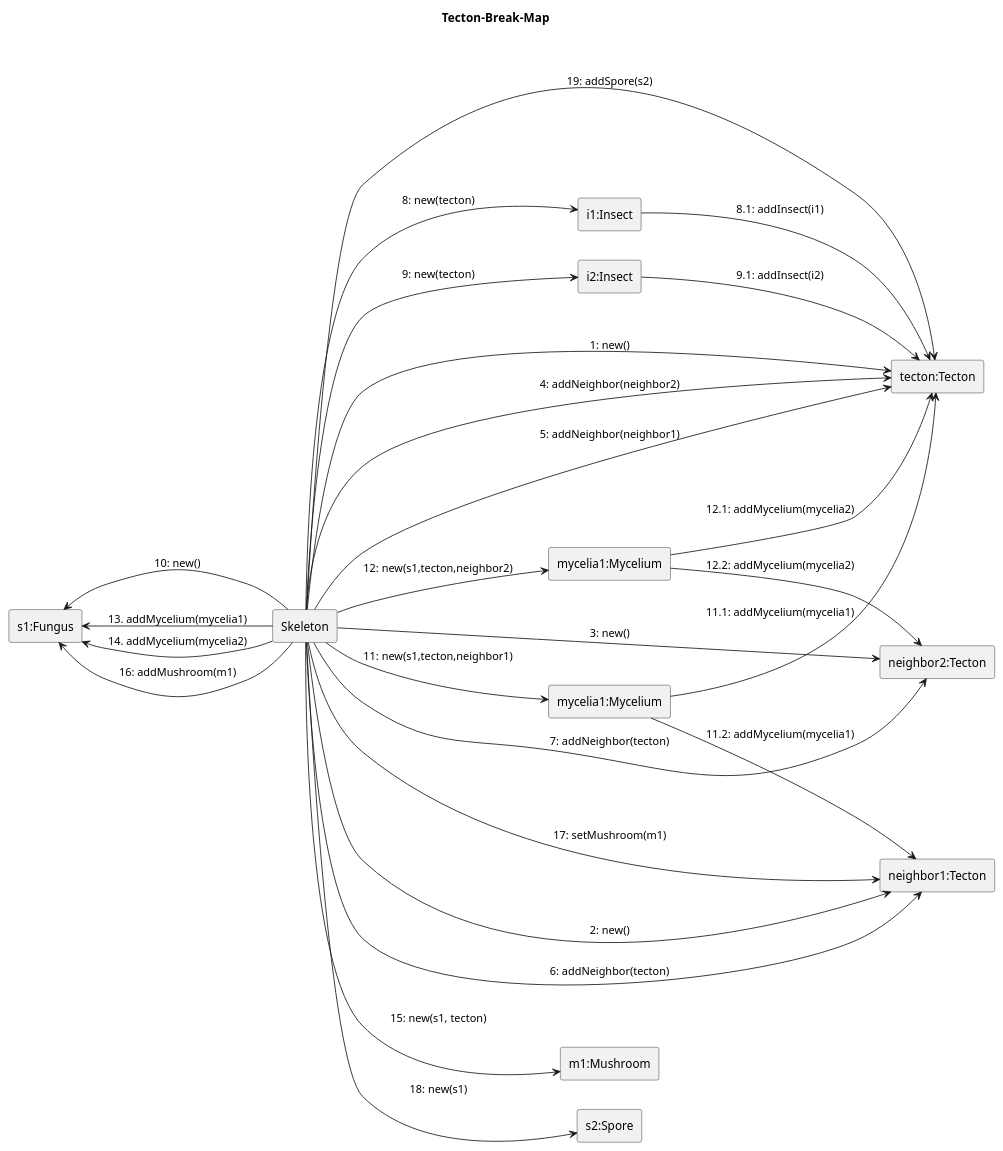
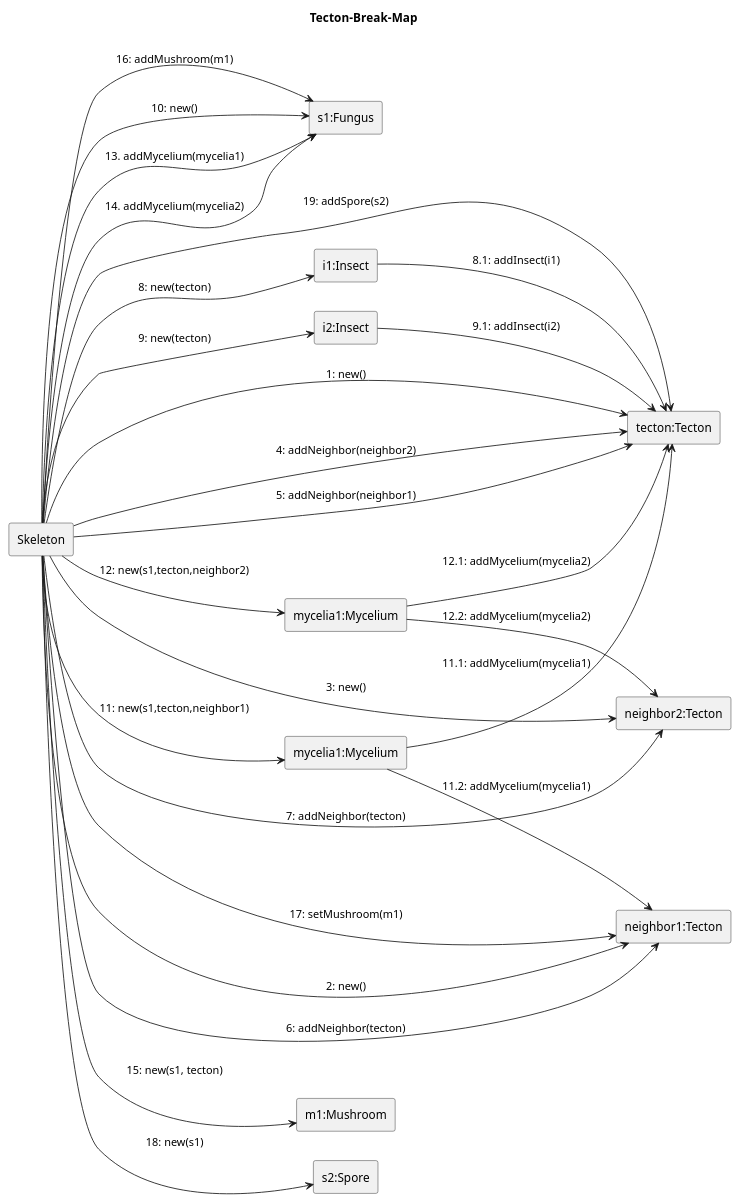
Before and after one commit to ZD4ve/projlab-error521: the diagram in Skeleton/Tecton-break/map-tecton-break.pu, drawn with PlantUML. The commit also changed 3 other files, not shown here.

Commit message:
optimize diagrams

```diff
--- a/Skeleton/Tecton-break/map-tecton-break.pu
+++ b/Skeleton/Tecton-break/map-tecton-break.pu
@@ -1,52 +1,52 @@
 @startuml Tecton-break/map 
 left to right direction
 
 title Tecton-Break-Map
 
 rectangle Skeleton as S 
 
 rectangle "s1:Fungus" as s1
 rectangle "mycelia1:Mycelium" as mycelia1
 rectangle "mycelia1:Mycelium" as mycelia2
 rectangle "m1:Mushroom" as m1
 rectangle "tecton:Tecton" as tecton
 rectangle "neighbor1:Tecton" as neighbor1
 rectangle "neighbor2:Tecton" as neighbor2
 rectangle "i1:Insect" as i1
 rectangle "i2:Insect" as i2
 rectangle "s2:Spore" as s2
 
 S --> tecton: 1: new()
 S --> neighbor1: 2: new()
 S --> neighbor2: 3: new()
 S --> tecton: 4: addNeighbor(neighbor2)
 S --> tecton: 5: addNeighbor(neighbor1)
 S --> neighbor1: 6: addNeighbor(tecton)
 S --> neighbor2: 7: addNeighbor(tecton)
 
 S --> i1 : 8: new(tecton)
 i1 --> tecton : 8.1: addInsect(i1)
 S --> i2 : 9: new(tecton)
 i2 --> tecton : 9.1: addInsect(i2)
 
-S -left-> s1: 10: new()
+S --> s1: 10: new()
 
 S --> mycelia1: 11: new(s1,tecton,neighbor1)
 mycelia1 --> tecton: 11.1: addMycelium(mycelia1)
 mycelia1 --> neighbor1 : 11.2: addMycelium(mycelia1)
 
 S --> mycelia2: 12: new(s1,tecton,neighbor2)
 mycelia2 --> tecton: 12.1: addMycelium(mycelia2)
 mycelia2 --> neighbor2 : 12.2: addMycelium(mycelia2)
 
 S --> s1: 13. addMycelium(mycelia1)
 S --> s1: 14. addMycelium(mycelia2)
 
 S --> m1: 15: new(s1, tecton)
 S --> s1: 16: addMushroom(m1)
 S --> neighbor1: 17: setMushroom(m1)
 
 S --> s2: 18: new(s1)
 S --> tecton: 19: addSpore(s2)
 
 @enduml
```
